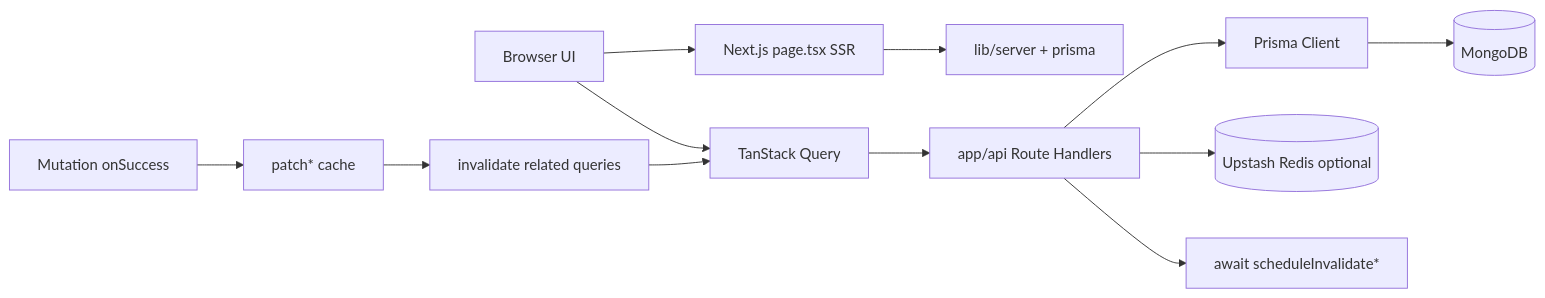
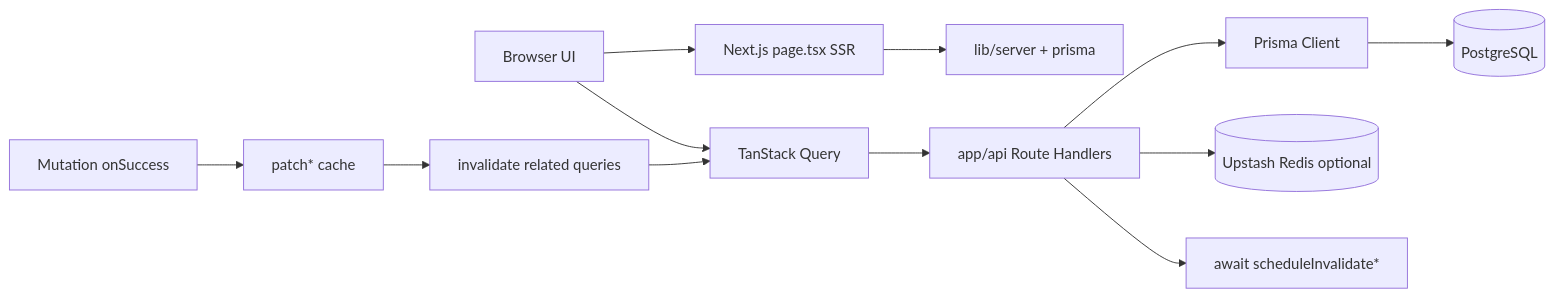
One commit to octalve-core/octalve-ims changed the diagram in README.md. Above: the diagram before and after it, drawn with Mermaid. The commit also changed other lines of this file and 98 other files, not shown here.

````diff
--- a/README.md
+++ b/README.md
@@ -243,14 +240,14 @@
 ```mermaid
 flowchart LR
   Browser[Browser UI] --> RQ[TanStack Query]
   Browser --> RSC[Next.js page.tsx SSR]
   RSC --> ServerLib[lib/server + prisma]
   RQ --> API[app/api Route Handlers]
   API --> Prisma[Prisma Client]
-  Prisma --> Mongo[(MongoDB)]
+  Prisma --> PG[(PostgreSQL)]
   API --> Redis[(Upstash Redis optional)]
   Mutate[Mutation onSuccess] --> Patch[patch* cache]
   Patch --> Inv[invalidate related queries]
   Inv --> RQ
   API --> RedisInv[await scheduleInvalidate*]
 ```
````
